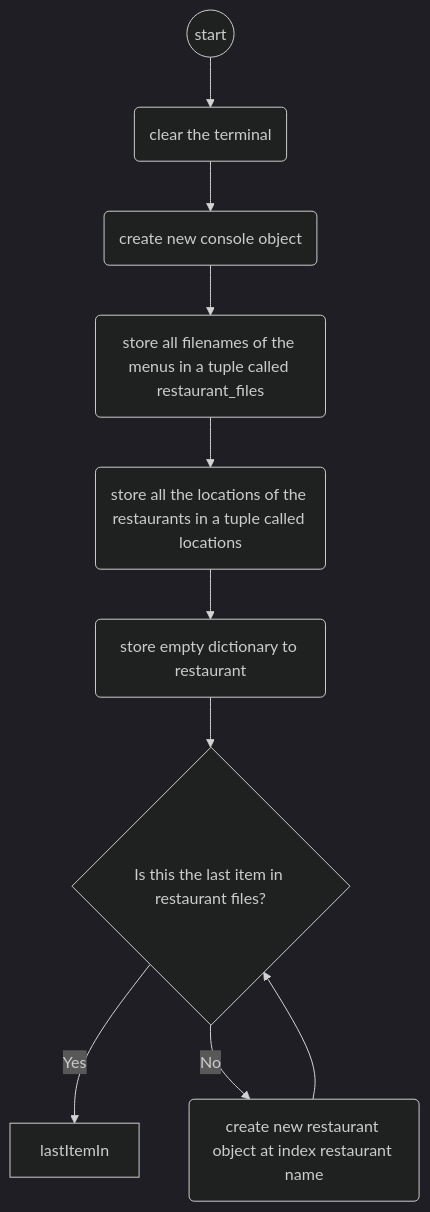
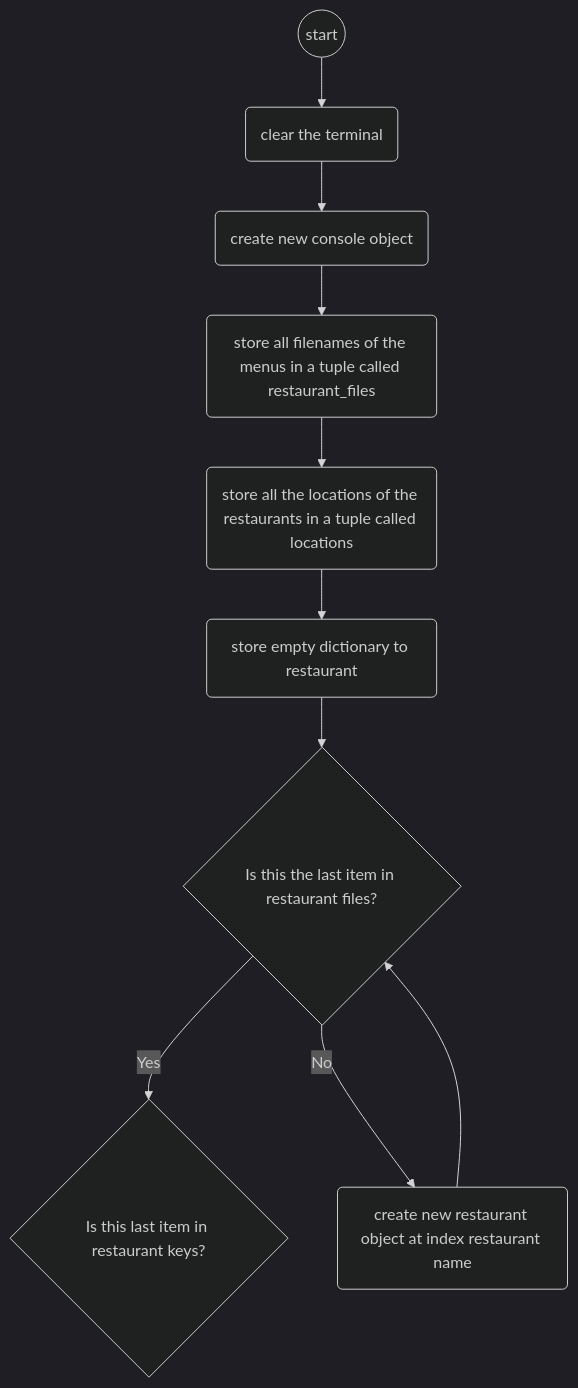
Before and after one commit to asdcf35/classwork: the diagram in Error Journaling/flowchart.mmd, drawn with Mermaid (dark theme). The commit also changed other lines of this file, not shown here.

Commit message:
May 13, 2024, 6:07 PM

```diff
--- a/Error Journaling/flowchart.mmd
+++ b/Error Journaling/flowchart.mmd
@@ -1,9 +1,9 @@
 flowchart
     start((start)) -->
     clearTerminal(clear the terminal) -->
     consoleObject(create new console object) -->
     restaurantFiles(store all filenames of the menus in a tuple called restaurant_files) -->
     locations(store all the locations of the restaurants in a tuple called locations) -->
     emptyRestaurant(store empty dictionary to restaurant) -->
-    lastItemInRestaurantFiles{Is this the last item in restaurant files?} --> |Yes| lastItemIn
+    lastItemInRestaurantFiles{Is this the last item in restaurant files?} --> |Yes| lastItemInRestaurantKeys{Is this last item in restaurant keys?}
     lastItemInRestaurantFiles --> |No| createRestaurantItem(create new restaurant object at index restaurant name) --> lastItemInRestaurantFiles
```
